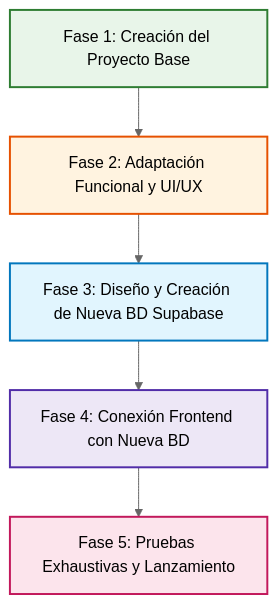
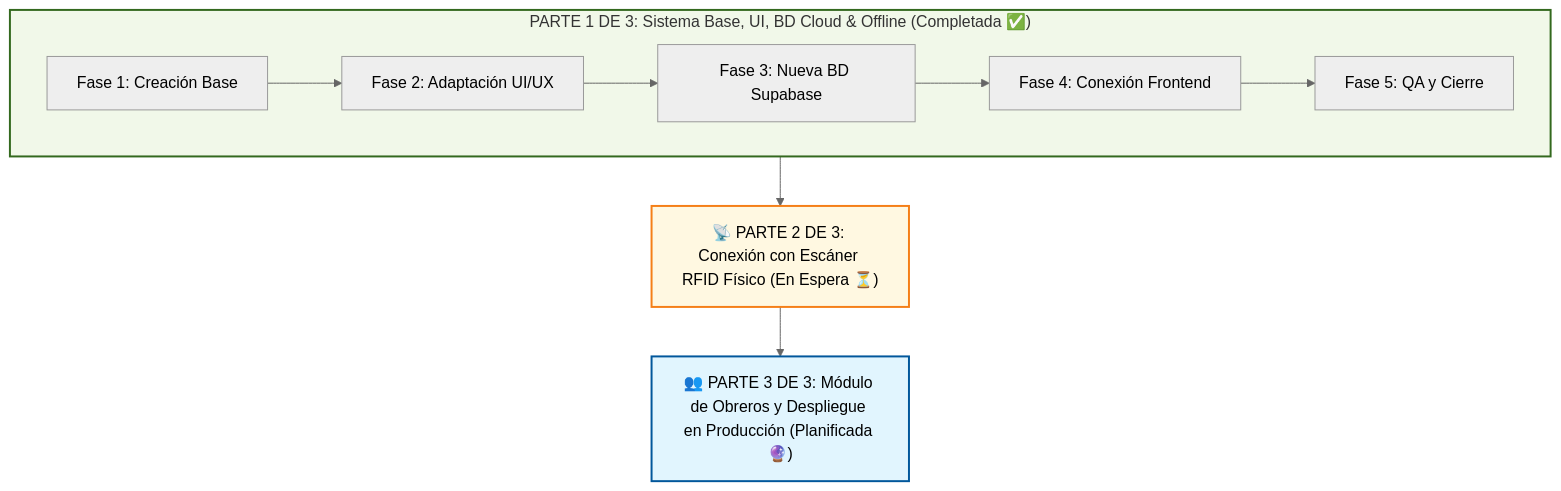
Before and after one commit to JorgeM11/Gesti-n_Ganadera: the diagram in planificacion.md, drawn with Mermaid (neutral theme). The commit also changed other lines of this file, not shown here.

Commit message:
docs: registrar Parte 2 de 3 (conexion escaner RFID) en planificacion en espera de informe

````diff
--- a/planificacion.md
+++ b/planificacion.md
@@ -18,13 +18,16 @@
 ```mermaid
 flowchart TD
-    F1["Fase 1: Creación del Proyecto Base"] --> F2["Fase 2: Adaptación Funcional y UI/UX"]
-    F2 --> F3["Fase 3: Diseño y Creación de Nueva BD Supabase"]
-    F3 --> F4["Fase 4: Conexión Frontend con Nueva BD"]
-    F4 --> F5["Fase 5: Pruebas Exhaustivas y Lanzamiento"]
+    subgraph P1["PARTE 1 DE 3: Sistema Base, UI, BD Cloud & Offline (Completada ✅)"]
+        F1["Fase 1: Creación Base"] --> F2["Fase 2: Adaptación UI/UX"]
+        F2 --> F3["Fase 3: Nueva BD Supabase"]
+        F3 --> F4["Fase 4: Conexión Frontend"]
+        F4 --> F5["Fase 5: QA y Cierre"]
+    end
 
-    style F1 fill:#e8f5e9,stroke:#2e7d32,stroke-width:2px
-    style F2 fill:#fff3e0,stroke:#e65100,stroke-width:2px
-    style F3 fill:#e1f5fe,stroke:#0277bd,stroke-width:2px
-    style F4 fill:#ede7f6,stroke:#512da8,stroke-width:2px
-    style F5 fill:#fce4ec,stroke:#c2185b,stroke-width:2px
+    P1 --> P2["📡 PARTE 2 DE 3: Conexión con Escáner RFID Físico (En Espera ⏳)"]
+    P2 --> P3["👥 PARTE 3 DE 3: Módulo de Obreros y Despliegue en Producción (Planificada 🔮)"]
+
+    style P1 fill:#f1f8e9,stroke:#33691e,stroke-width:2px
+    style P2 fill:#fff8e1,stroke:#f57f17,stroke-width:2px
+    style P3 fill:#e1f5fe,stroke:#01579b,stroke-width:2px
 ```
````
